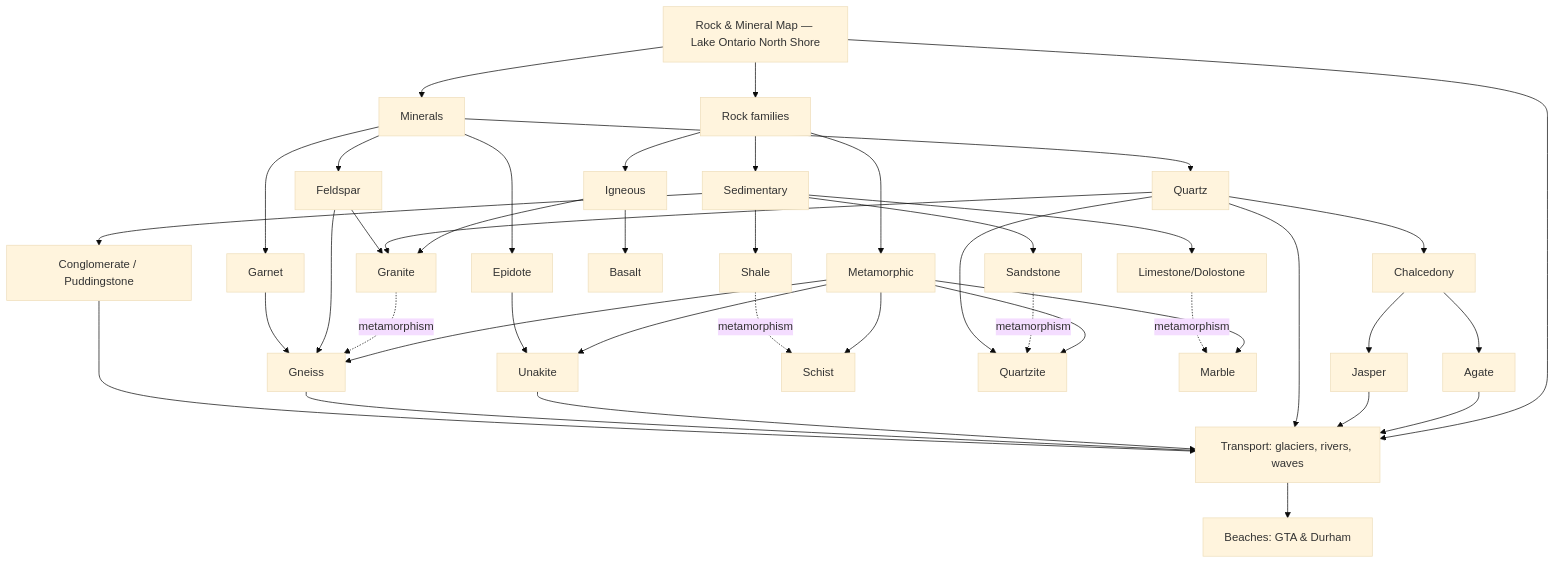
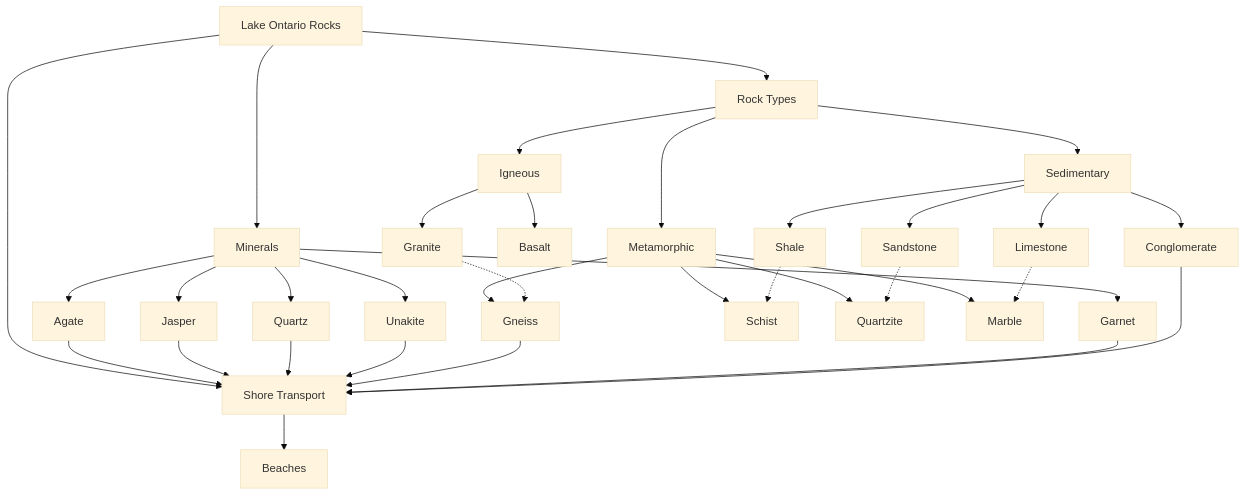
The diagram in content/Notes/Rockhounding/Guides/Rock Map.md (Chantal13/quartz), drawn with Mermaid (base theme) before and after one commit.

Commit message:
Quartz sync: Aug 17, 2025, 5:29 PM

````diff
--- a/content/Notes/Rockhounding/Guides/Rock Map.md
+++ b/content/Notes/Rockhounding/Guides/Rock Map.md
@@ -8,64 +8,46 @@
 ```mermaid
-graph TD
-    A[Rock & Mineral Map — Lake Ontario North Shore]
+flowchart TD
+  A[Lake Ontario Rocks]
 
-    %% Top-level
-    A --> B[Minerals]
-    A --> C[Rock families]
-    A --> G[Transport: glaciers, rivers, waves]
-    G --> L[Beaches: GTA & Durham]
+  A --> B[Minerals]
+  A --> C[Rock Types]
+  A --> D[Shore Transport]
 
-    %% Minerals
-    B --> Qz[Quartz]
-    Qz --> Ch[Chalcedony]
-    Ch --> Ag[Agate]
-    Ch --> Ja[Jasper]
-    B --> Fsp[Feldspar]
-    B --> Epi[Epidote]
-    B --> Gar[Garnet]
+  B --> Agate
+  B --> Jasper
+  B --> Quartz
+  B --> Unakite
+  B --> Garnet
 
-    %% Rock families
-    C --> Ig[Igneous]
-    C --> Sed[Sedimentary]
-    C --> Met[Metamorphic]
+  C --> Igneous
+  C --> Sedimentary
+  C --> Metamorphic
 
-    %% Igneous examples
-    Ig --> Gran[Granite]
-    Ig --> Bas[Basalt]
+  Igneous --> Granite
+  Igneous --> Basalt
 
-    %% Sedimentary examples
-    Sed --> Sst[Sandstone]
-    Sed --> Lst[Limestone/Dolostone]
-    Sed --> Sh[Shale]
-    Sed --> Cong[Conglomerate / Puddingstone]
+  Sedimentary --> Sandstone
+  Sedimentary --> Limestone
+  Sedimentary --> Shale
+  Sedimentary --> Conglomerate
 
-    %% Metamorphic examples
-    Met --> Gn[Gneiss]
-    Met --> Sch[Schist]
-    Met --> Qtz[Quartzite]
-    Met --> Mar[Marble]
-    Met --> Una[Unakite]
+  Metamorphic --> Gneiss
+  Metamorphic --> Schist
+  Metamorphic --> Quartzite
+  Metamorphic --> Marble
 
-    %% Metamorphic pathways
-    Gran -. metamorphism .-> Gn
-    Sst -. metamorphism .-> Qtz
-    Lst -. metamorphism .-> Mar
-    Sh  -. metamorphism .-> Sch
+  Granite -.-> Gneiss
+  Sandstone -.-> Quartzite
+  Limestone -.-> Marble
+  Shale -.-> Schist
 
-    %% Mineral → rock associations
-    Qz --> Gran
-    Qz --> Qtz
-    Fsp --> Gran
-    Fsp --> Gn
-    Epi --> Una
-    Gar --> Gn
-
-    %% Stones that commonly reach the shoreline
-    Ag --> G
-    Ja --> G
-    Qz --> G
-    Una --> G
-    Gn --> G
-    Cong --> G
+  D --> Beaches
+  Agate --> D
+  Jasper --> D
+  Quartz --> D
+  Unakite --> D
+  Gneiss --> D
+  Garnet --> D
+  Conglomerate --> D
 
 ```
````
